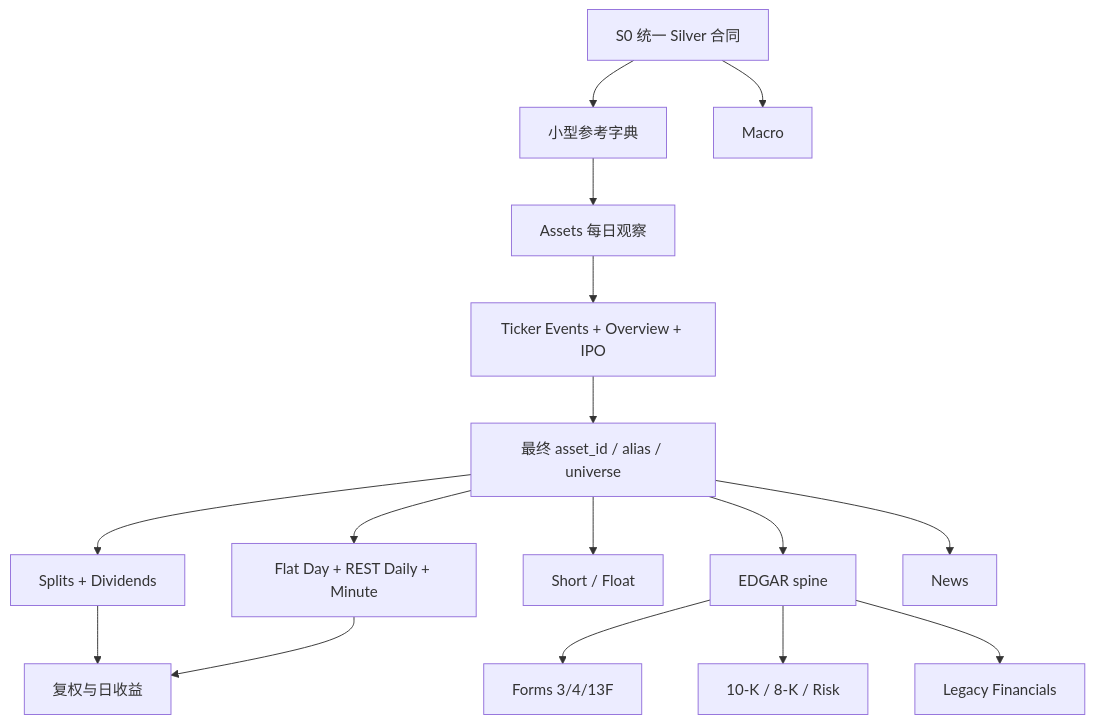
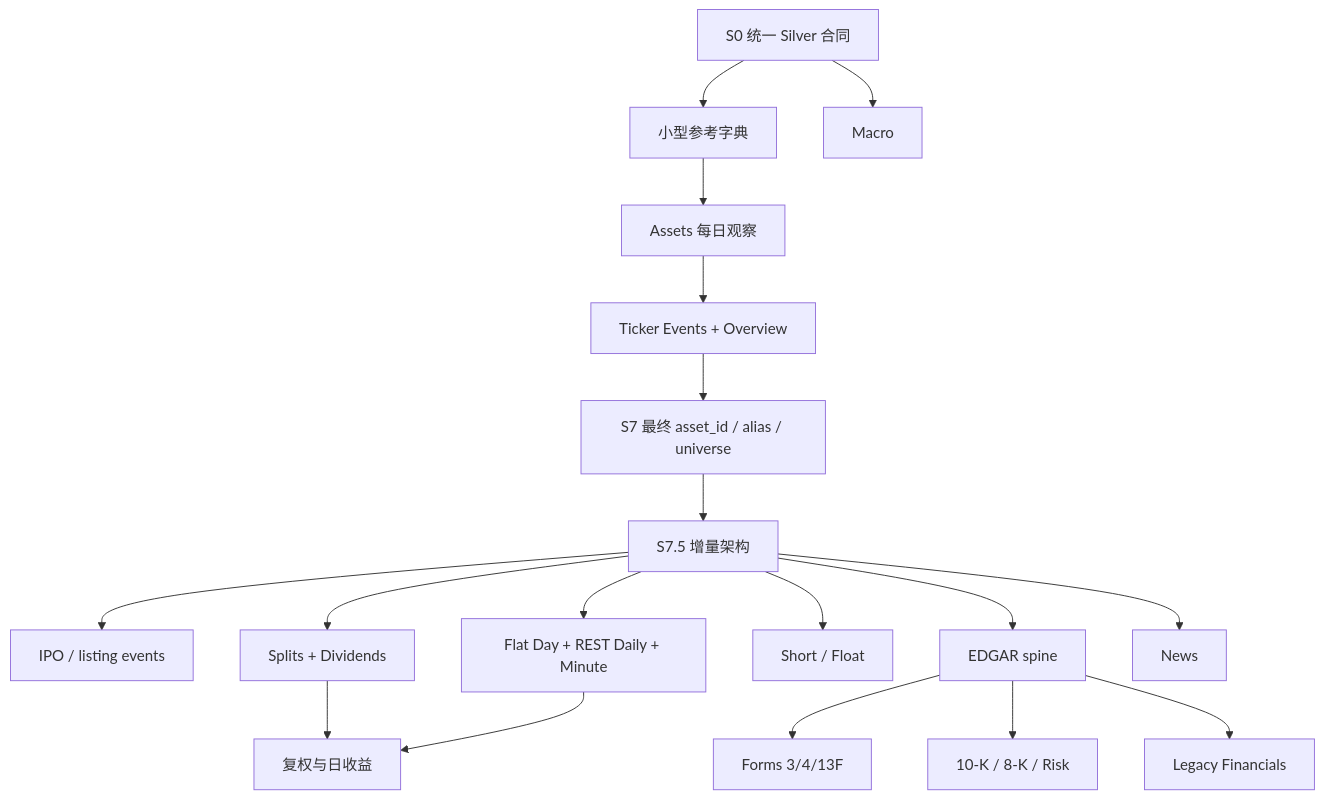
One commit to HongyangDing/Ame_Stocks changed the diagram in docs/silver-processing-plan.md. Above: the diagram before and after it, drawn with Mermaid. The commit also changed other lines of this file and 5 other files, not shown here.

````diff
--- a/docs/silver-processing-plan.md
+++ b/docs/silver-processing-plan.md
@@ -264,18 +269,20 @@
 ```mermaid
 flowchart TD
     C["S0 统一 Silver 合同"] --> D["小型参考字典"]
     D --> A["Assets 每日观察"]
-    A --> I["Ticker Events + Overview + IPO"]
-    I --> M["最终 asset_id / alias / universe"]
-    M --> CA["Splits + Dividends"]
-    M --> P["Flat Day + REST Daily + Minute"]
+    A --> I["Ticker Events + Overview"]
+    I --> M["S7 最终 asset_id / alias / universe"]
+    M --> U["S7.5 增量架构"]
+    U --> IPO["IPO / listing events"]
+    U --> CA["Splits + Dividends"]
+    U --> P["Flat Day + REST Daily + Minute"]
     CA --> R["复权与日收益"]
     P --> R
-    M --> S["Short / Float"]
-    M --> E["EDGAR spine"]
+    U --> S["Short / Float"]
+    U --> E["EDGAR spine"]
     E --> O["Forms 3/4/13F"]
     E --> T["10-K / 8-K / Risk"]
     E --> F["Legacy Financials"]
-    M --> N["News"]
+    U --> N["News"]
     C --> X["Macro"]
 ```
````
